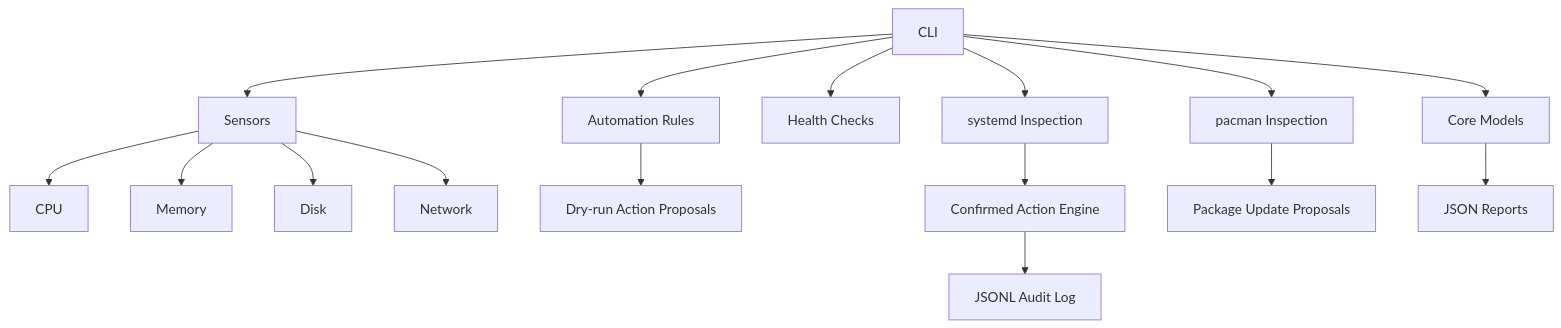
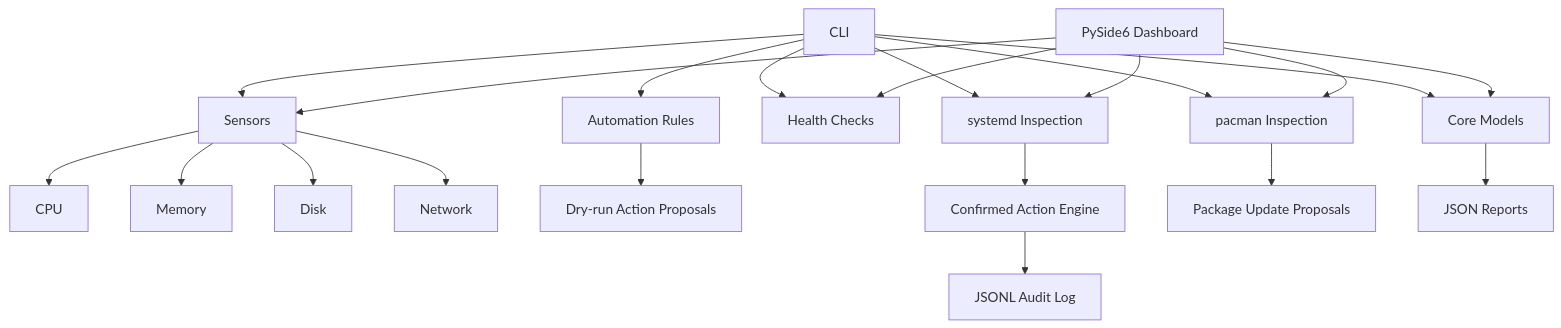
One commit to UseBrainNoL0ve/nexus changed the diagram in README.md. Above: the diagram before and after it, drawn with Mermaid. The commit also changed other lines of this file, not shown here.

Commit message:
docs: document NEXUS desktop dashboard foundation

````diff
--- a/README.md
+++ b/README.md
@@ -30,18 +31,23 @@
 ```mermaid
 flowchart TD
     CLI[CLI] --> CORE[Core Models]
+    GUI[PySide6 Dashboard] --> CORE
     CLI --> SENSORS[Sensors]
+    GUI --> SENSORS
     CLI --> DOCTOR[Health Checks]
+    GUI --> DOCTOR
     CLI --> RULES[Automation Rules]
     CLI --> SYSTEMD[systemd Inspection]
+    GUI --> SYSTEMD
     CLI --> PACMAN[pacman Inspection]
+    GUI --> PACMAN
     SENSORS --> CPU[CPU]
     SENSORS --> MEM[Memory]
     SENSORS --> DISK[Disk]
     SENSORS --> NET[Network]
     RULES --> PLAN[Dry-run Action Proposals]
     SYSTEMD --> ACTIONS[Confirmed Action Engine]
     PACMAN --> PACKAGE_PLAN[Package Update Proposals]
     ACTIONS --> AUDIT[JSONL Audit Log]
     CORE --> REPORT[JSON Reports]
 ```
````
